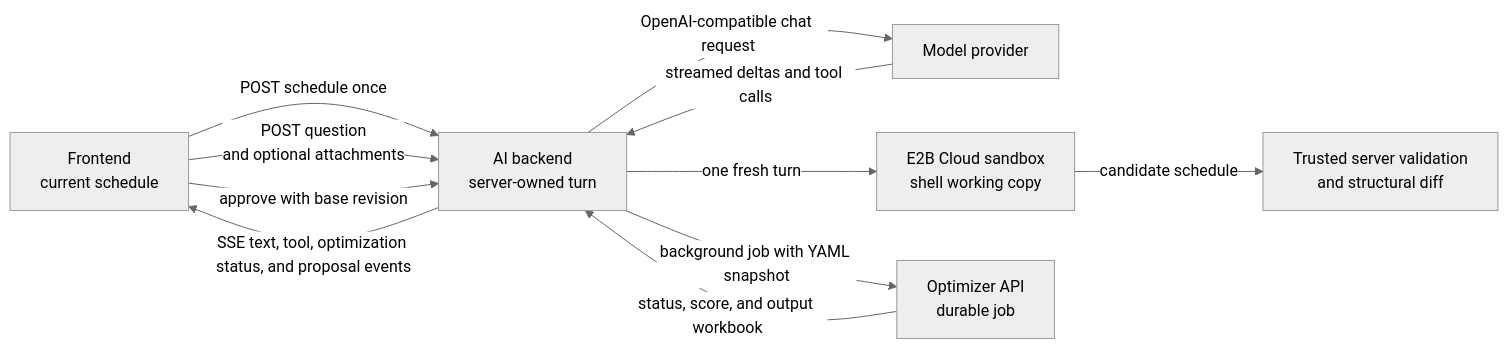
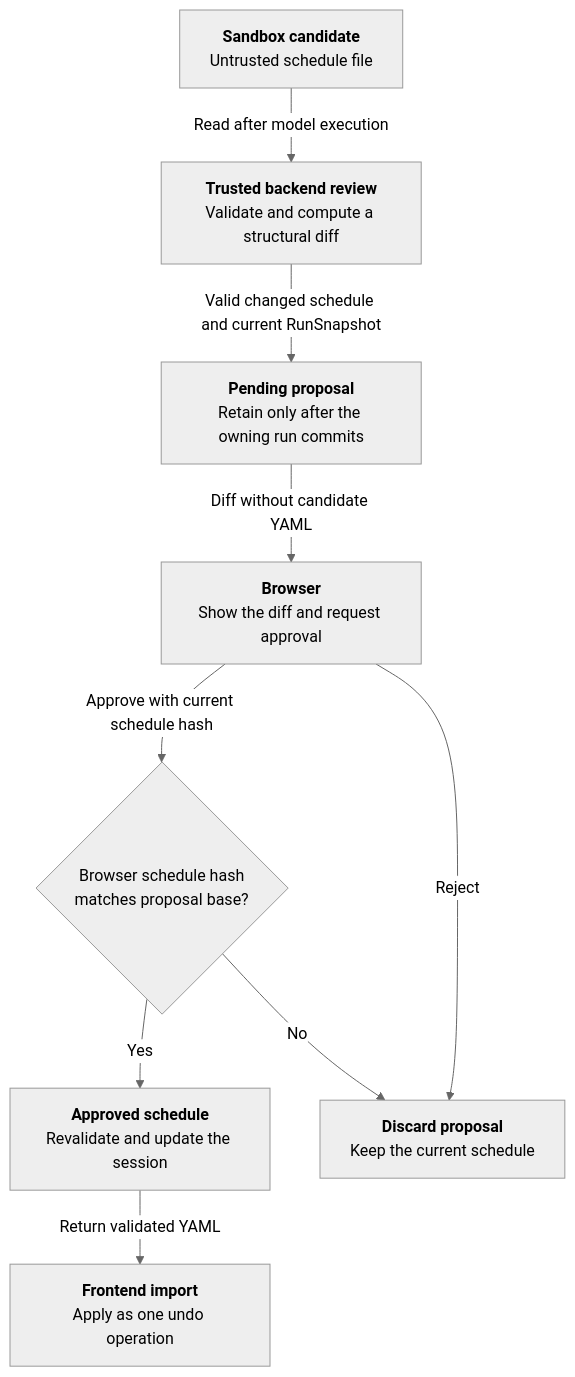
The sixth of 6 diagrams in docs/content/developer-guide/ai-assistant.md (j3soon/nurse-scheduling), drawn with Mermaid (neutral theme) before and after one commit. The commit also changed other lines of this file and 5 other files, not shown here.

First line of the commit message:
docs: map chat architecture to current execution owners

````diff
--- a/docs/content/developer-guide/ai-assistant.md
+++ b/docs/content/developer-guide/ai-assistant.md
@@ -63,13 +377,19 @@
 ```mermaid
-flowchart LR
-    Browser[Frontend<br/>current schedule] -->|POST schedule once| Session[AI backend<br/>server-owned turn]
-    Browser -->|POST question<br/>and optional attachments| Session
-    Session -->|OpenAI-compatible chat request| Provider[Model provider]
-    Provider -->|streamed deltas and tool calls| Session
-    Session -->|one fresh turn| Sandbox[E2B Cloud sandbox<br/>shell working copy]
-    Session -->|background job with YAML snapshot| Optimizer[Optimizer API<br/>durable job]
-    Optimizer -->|status, score, and output workbook| Session
-    Sandbox -->|candidate schedule| Validation[Trusted server validation<br/>and structural diff]
-    Session -->|SSE text, tool, optimization status, and proposal events| Browser
-    Browser -->|approve with base revision| Session
+flowchart TB
+    Candidate["<b>Sandbox candidate</b><br/>Untrusted schedule file"]
+    Validation["<b>Trusted backend review</b><br/>Validate and compute a structural diff"]
+    Pending["<b>Pending proposal</b><br/>Retain only after the owning run commits"]
+    Browser["<b>Browser</b><br/>Show the diff and request approval"]
+    Base{"Browser schedule hash<br/>matches proposal base?"}
+    Approved["<b>Approved schedule</b><br/>Revalidate and update the session"]
+    Import["<b>Frontend import</b><br/>Apply as one undo operation"]
+    Discard["<b>Discard proposal</b><br/>Keep the current schedule"]
+    Candidate -->|Read after model execution| Validation
+    Validation -->|Valid changed schedule and current RunSnapshot| Pending
+    Pending -->|Diff without candidate YAML| Browser
+    Browser -->|Approve with current schedule hash| Base
+    Base -->|Yes| Approved
+    Approved -->|Return validated YAML| Import
+    Base -->|No| Discard
+    Browser -->|Reject| Discard
 ```
````
